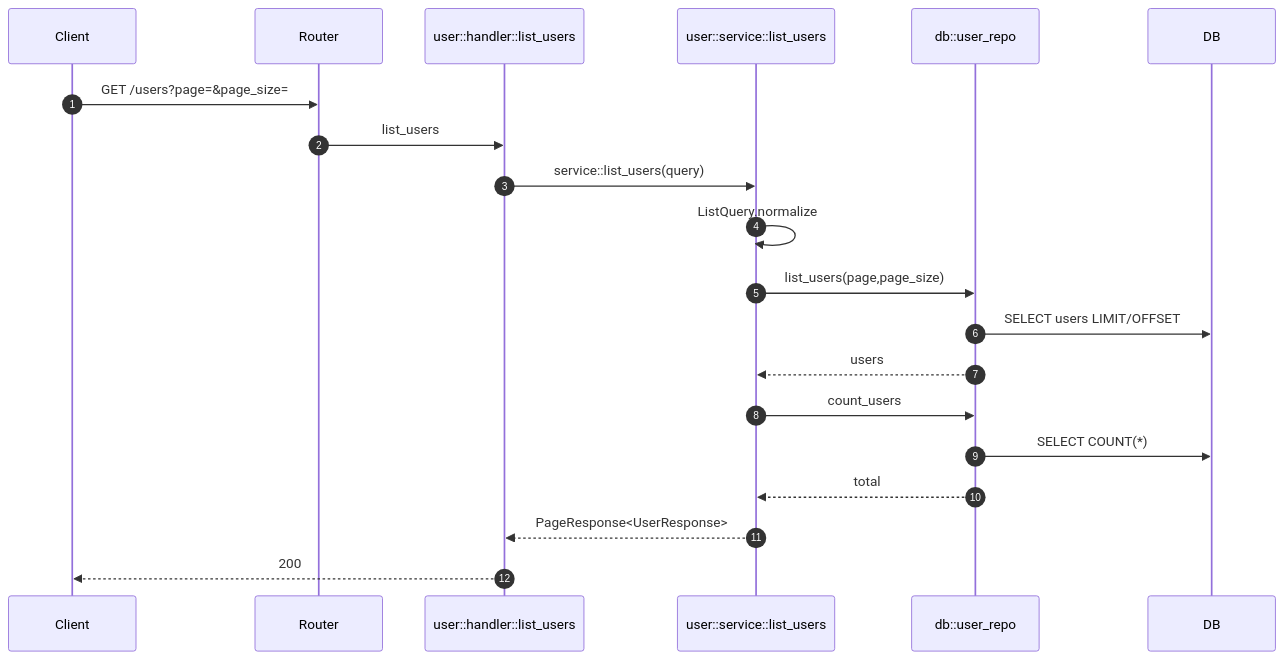
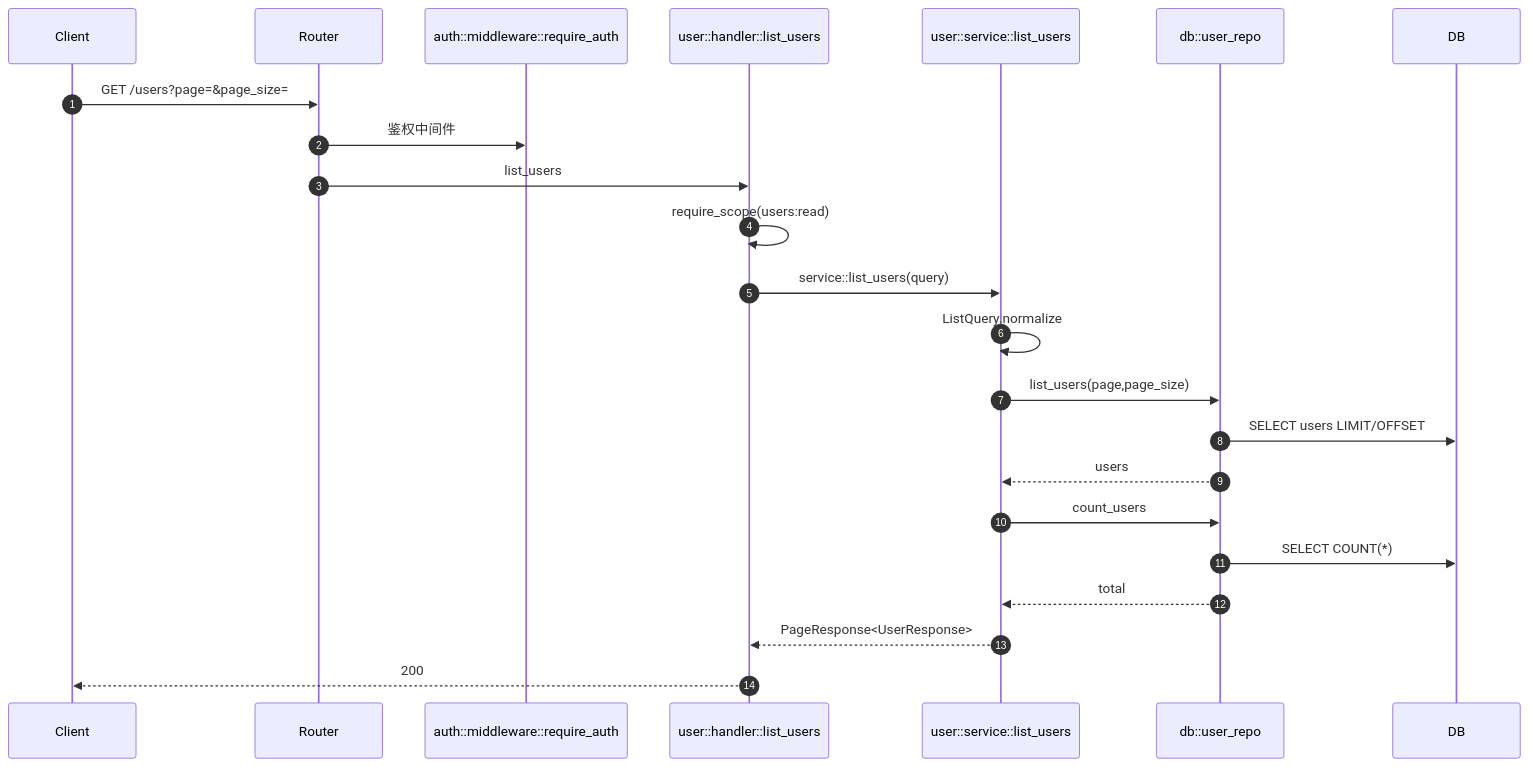
Before and after one commit to jianghs/babyegg-serve: the fifth of 9 diagrams in README.md, drawn with Mermaid. The commit also changed other lines of this file and 1 other file, not shown here.

Commit message:
docs(readme): sync auth and rbac architecture notes

````diff
--- a/README.md
+++ b/README.md
@@ -188,23 +225,26 @@
 ```mermaid
 sequenceDiagram
     autonumber
     participant Client
     participant Router
+    participant AuthMW as auth::middleware::require_auth
     participant Handler as user::handler::list_users
     participant Service as user::service::list_users
     participant UserRepo as db::user_repo
     participant DB
 
     Client->>Router: GET /users?page=&page_size=
+    Router->>AuthMW: 鉴权中间件
     Router->>Handler: list_users
+    Handler->>Handler: require_scope(users:read)
     Handler->>Service: service::list_users(query)
     Service->>Service: ListQuery.normalize
     Service->>UserRepo: list_users(page,page_size)
     UserRepo->>DB: SELECT users LIMIT/OFFSET
     UserRepo-->>Service: users
     Service->>UserRepo: count_users
     UserRepo->>DB: SELECT COUNT(*)
     UserRepo-->>Service: total
     Service-->>Handler: PageResponse<UserResponse>
     Handler-->>Client: 200
 ```
````
